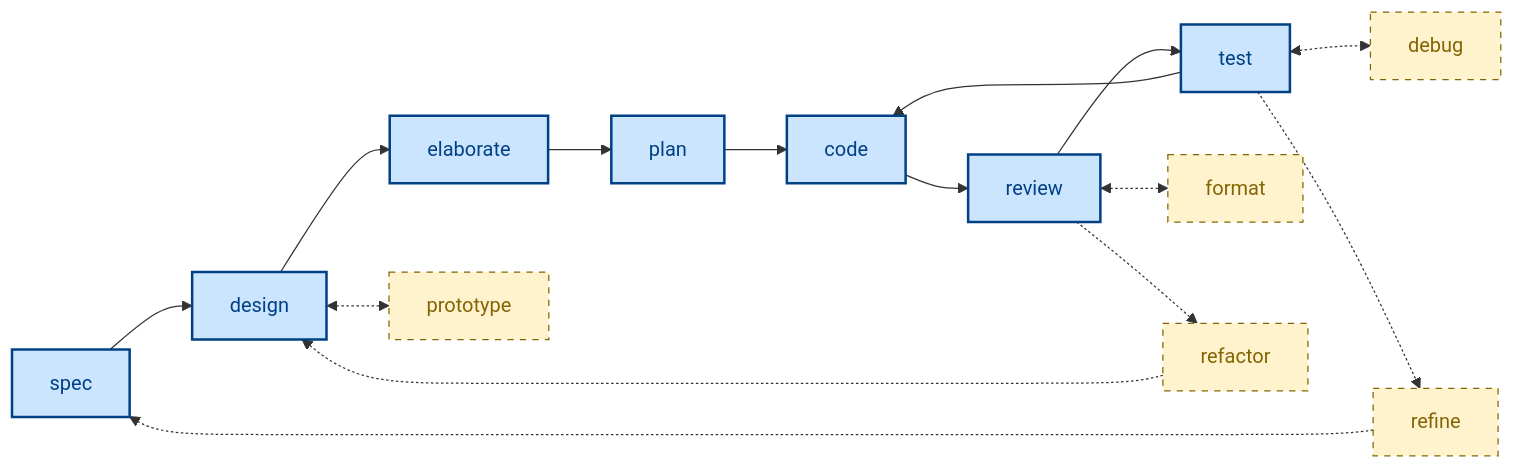
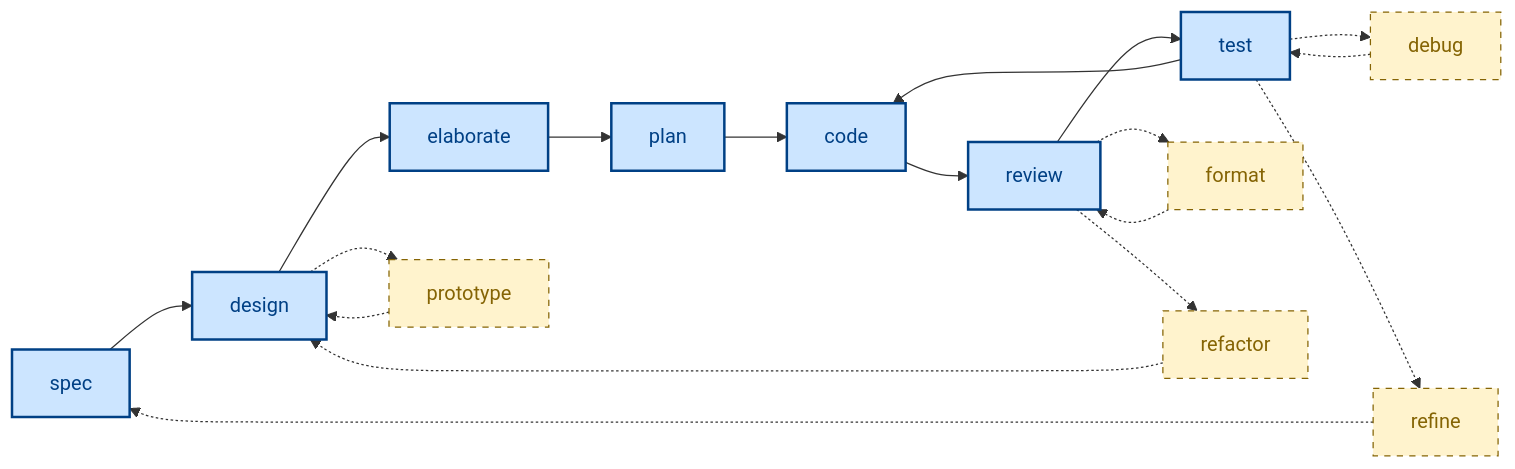
Before and after one commit to kieranpotts/skills: the first of 2 diagrams in README.md, drawn with Mermaid. The commit also changed other lines of this file, not shown here.

````diff
--- a/README.md
+++ b/README.md
@@ -33,26 +29,29 @@
 ```mermaid
 flowchart LR
   %% Main workflow sequence.
   spec:::main --> design
   design:::main --> elaborate
   elaborate:::main --> plan
   plan:::main --> code
   code:::main --> review
   review:::main --> test
   test:::main --> code
 
   %% Small iterative cycles.
-  design <-.-> prototype:::secondary
-  review <-.-> format:::secondary
-  test <-.-> debug:::secondary
+  design -.-> prototype:::secondary
+  prototype -.-> design
+  review -.-> format:::secondary
+  format -.-> review
+  test -.-> debug:::secondary
+  debug -.-> test
 
   %% Big feedback loops.
   review -.-> refactor:::secondary
   refactor -.-> design
   test -.-> refine:::secondary
   refine -.-> spec
 
   %% Class definitions.
   classDef main fill:#cce5ff,stroke:#004085,color:#004085,stroke-width:2px
   classDef secondary fill:#fff3cd,stroke:#856404,color:#856404,stroke-width:1px,stroke-dasharray:5 5
 ```
````
